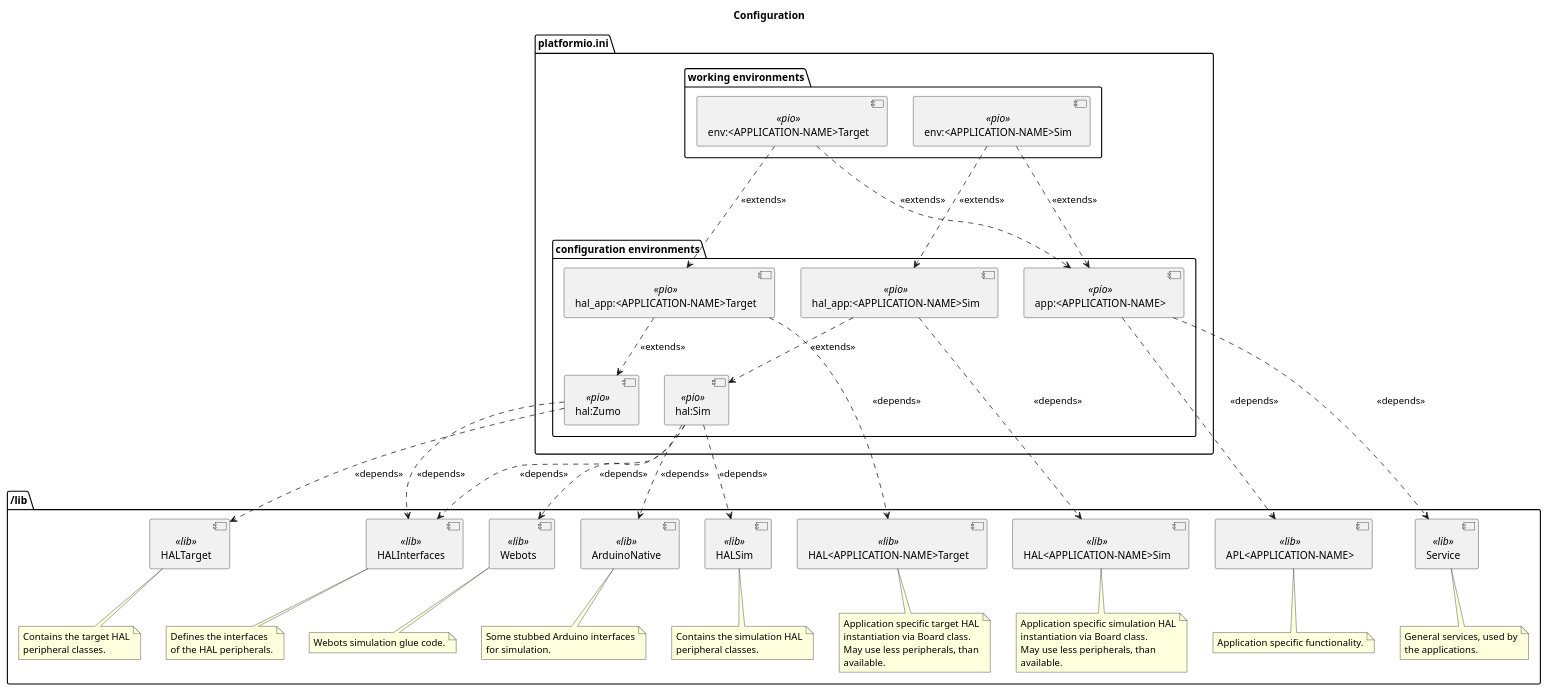
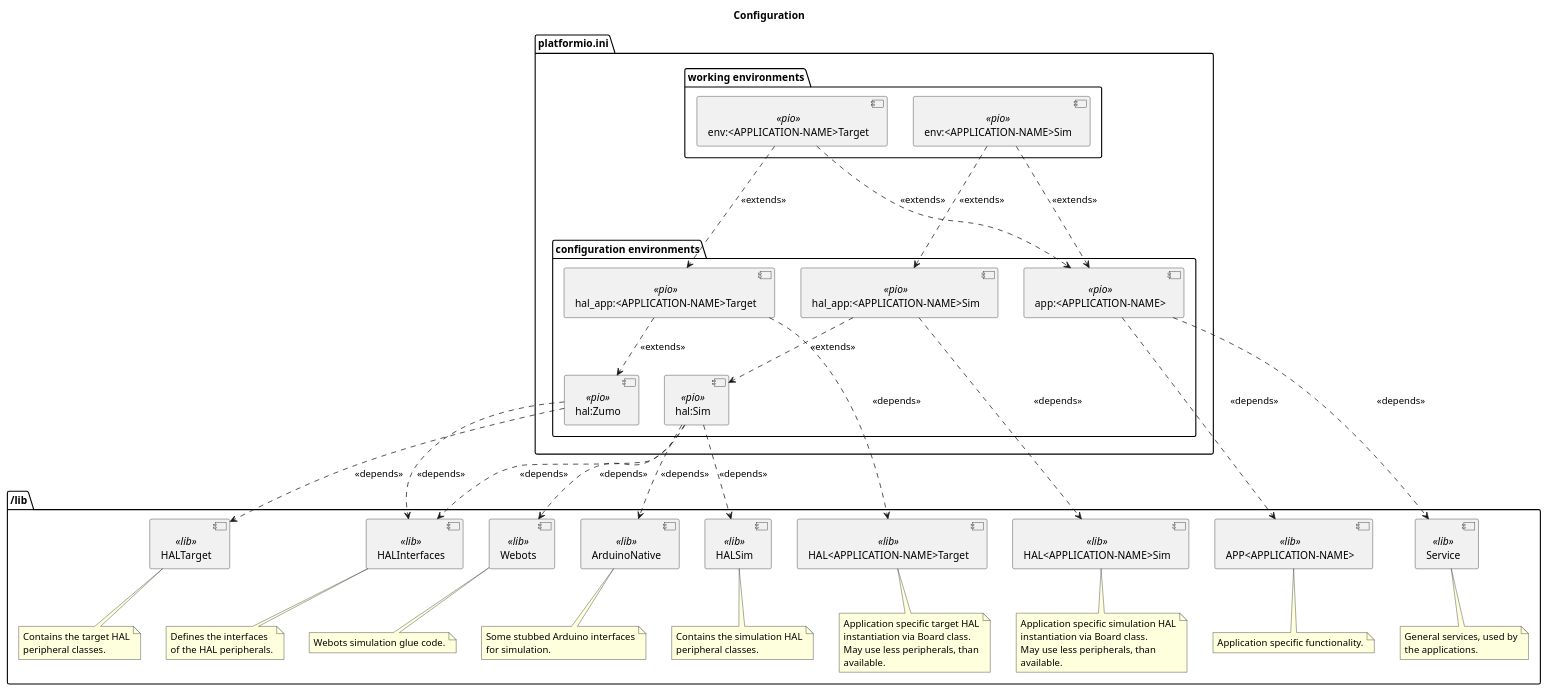
Before and after one commit to BlueAndi/RadonUlzer: the diagram in doc/configuration/uml/configuration.plantuml, drawn with PlantUML. The commit also changed 58 other files, not shown here.

Commit message:
Application libs renamed with the prefix "APP".

```diff
--- a/doc/configuration/uml/configuration.plantuml
+++ b/doc/configuration/uml/configuration.plantuml
@@ -1,112 +1,112 @@
 @startuml
 
 title Configuration
 
 package "platformio.ini" {
 
     package "working environments" {
         component "env:<APPLICATION-NAME>Target" <<pio>> as pioEnvAppTarget
         component "env:<APPLICATION-NAME>Sim" <<pio>> as pioEnvAppSim
     }
 
     package "configuration environments" as cfgEnv {
 
         component "hal_app:<APPLICATION-NAME>Target" <<pio>> as pioHalAppTarget
         component "app:<APPLICATION-NAME>" <<pio>> as pioAppApp
         component "hal_app:<APPLICATION-NAME>Sim" <<pio>> as pioHalAppSim
 
         component "hal:Zumo" <<pio>> as pioHalTarget
         component "hal:Sim" <<pio>> as pioHalSim
     }
 }
 
 package "/lib" as libFolder {
 
     component "HALInterfaces" <<lib>> as halInterfacesLib
 
-    component "APL<APPLICATION-NAME>" <<lib>> as appLib
+    component "APP<APPLICATION-NAME>" <<lib>> as appLib
     component "Service" <<lib>> as serviceLib
 
     component "HAL<APPLICATION-NAME>Target" <<lib>> as halAppTarget
     component "HAL<APPLICATION-NAME>Sim" <<lib>> as halAppSim
 
     component "HALTarget" <<lib>> as halTargetLib
     component "HALSim" <<lib>> as halSimLib
 
     component "Webots" <<lib>> as webotsLib
     component "ArduinoNative" <<lib>> as arduinoNativeLib
 
     note bottom of halAppTarget
         Application specific target HAL
         instantiation via Board class.
         May use less peripherals, than
         available.
     end note
 
     note bottom of halAppSim
         Application specific simulation HAL
         instantiation via Board class.
         May use less peripherals, than
         available.
     end note
 
     note bottom of halTargetLib
         Contains the target HAL
         peripheral classes.
     end note
 
     note bottom of halSimLib
         Contains the simulation HAL
         peripheral classes.
     end note
 
     note bottom of halInterfacesLib
         Defines the interfaces
         of the HAL peripherals.
     end note
 
     note bottom of appLib
         Application specific functionality.
     end note
 
     note bottom of serviceLib
         General services, used by
         the applications.
     end note
 
     note bottom of webotsLib
         Webots simulation glue code.
     end note
 
     note bottom of arduinoNativeLib
         Some stubbed Arduino interfaces
         for simulation.
     end note
 }
 
 pioEnvAppTarget ...> pioAppApp: <<extends>>
 pioEnvAppTarget ...> pioHalAppTarget: <<extends>>
 
 pioHalAppTarget ..> pioHalTarget: <<extends>>
 pioHalAppTarget ...> halAppTarget: <<depends>>
 
 pioHalTarget ..> halTargetLib: <<depends>>
 pioHalTarget ..> halInterfacesLib: <<depends>>
 
 
 pioEnvAppSim ..> pioAppApp: <<extends>>
 pioEnvAppSim ..> pioHalAppSim: <<extends>>
 
 pioHalAppSim ..> pioHalSim: <<extends>>
 pioHalAppSim ...> halAppSim: <<depends>>
 
 pioHalSim ..> halSimLib: <<depends>>
 pioHalSim ..> webotsLib: <<depends>>
 pioHalSim ..> halInterfacesLib: <<depends>>
 pioHalSim ..> arduinoNativeLib: <<depends>>
 
 
 pioAppApp ...> appLib: <<depends>>
 pioAppApp ...> serviceLib: <<depends>>
 
 @enduml
```
